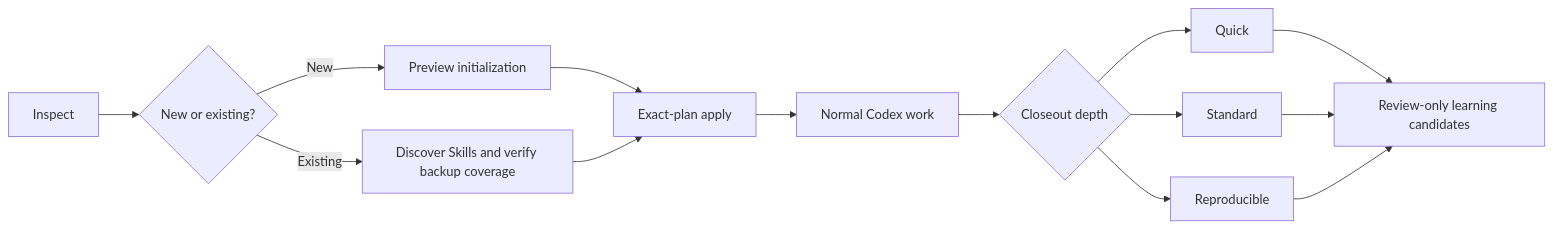
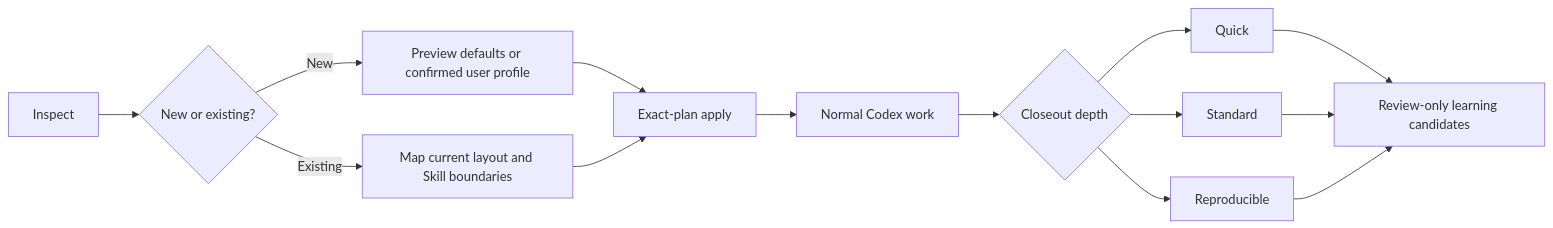
One commit to yptang98/ArchMarshal changed the diagram in README.md. Above: the diagram before and after it, drawn with Mermaid. The commit also changed other lines of this file and 39 other files, not shown here.

````diff
--- a/README.md
+++ b/README.md
@@ -98,16 +100,16 @@
 ```mermaid
 flowchart LR
     A["Inspect"] --> B{"New or existing?"}
-    B -->|"New"| C["Preview initialization"]
-    B -->|"Existing"| D["Discover Skills and verify backup coverage"]
+    B -->|"New"| C["Preview defaults or confirmed user profile"]
+    B -->|"Existing"| D["Map current layout and Skill boundaries"]
     C --> E["Exact-plan apply"]
     D --> E
     E --> F["Normal Codex work"]
     F --> G{"Closeout depth"}
     G --> H["Quick"]
     G --> I["Standard"]
     G --> J["Reproducible"]
     H --> K["Review-only learning candidates"]
     I --> K
     J --> K
 ```
````
